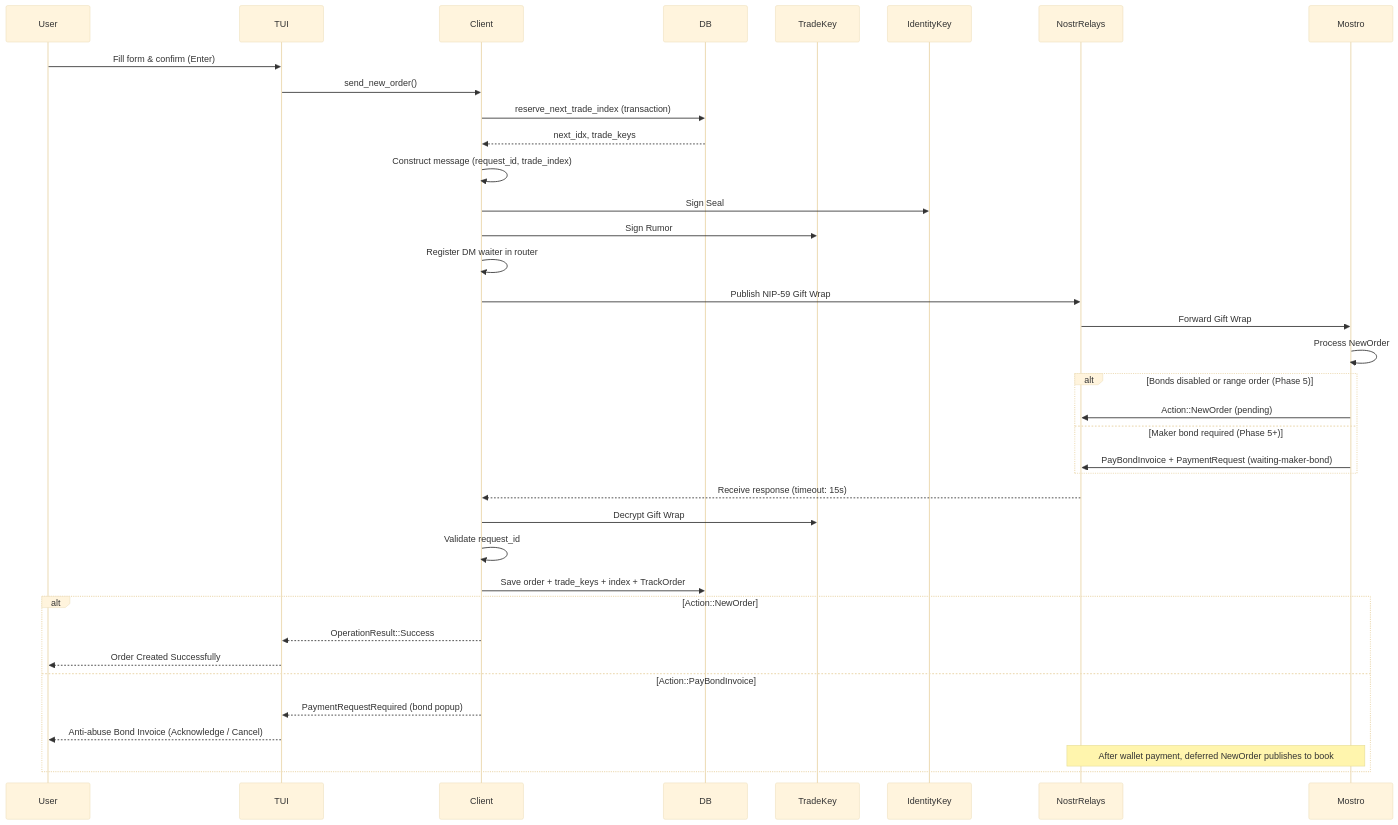
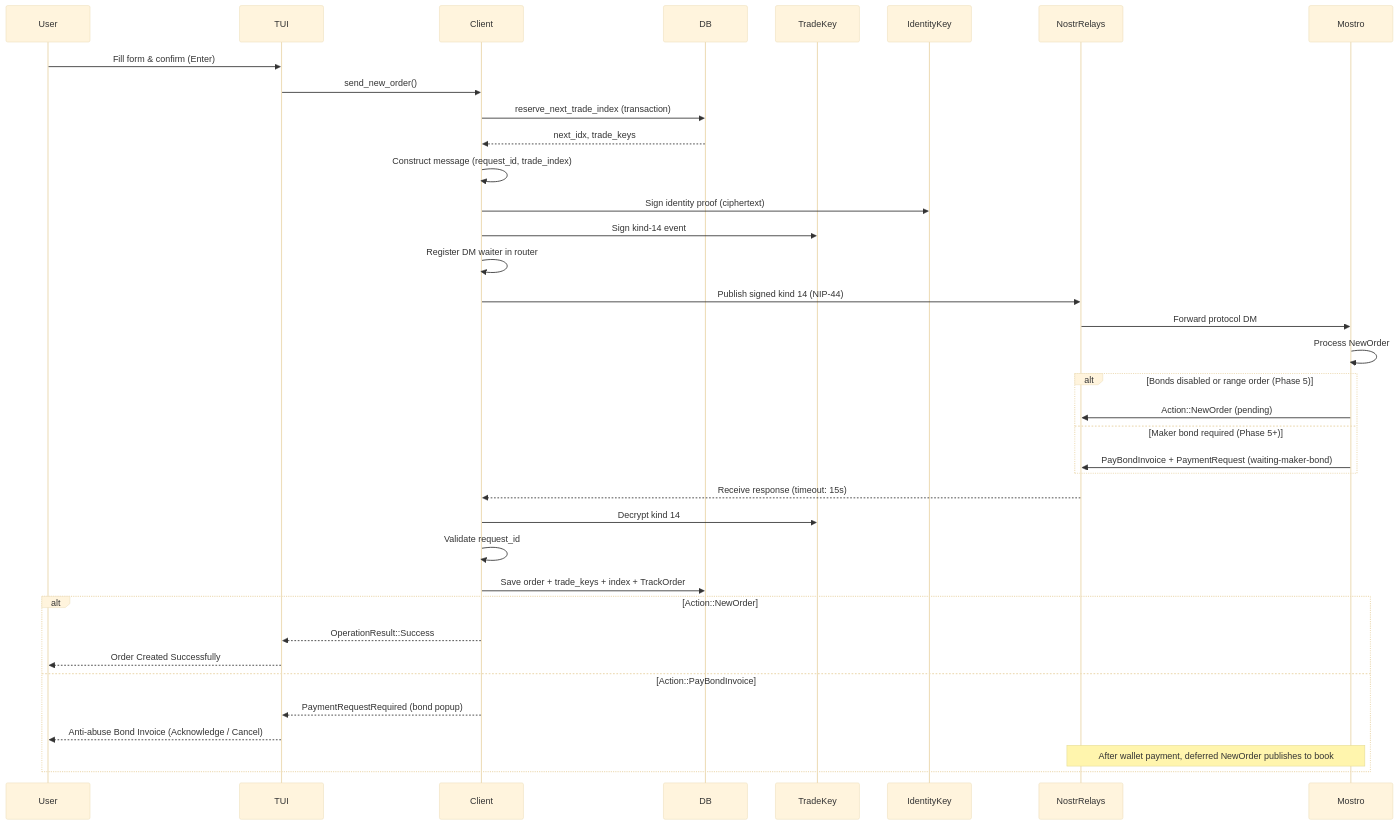
Before and after one commit to MostroP2P/mostrix: the first of 7 diagrams in docs/MESSAGE_FLOW_AND_PROTOCOL.md, drawn with Mermaid (base theme). The commit also changed other lines of this file and 5 other files, not shown here.

````diff
--- a/docs/MESSAGE_FLOW_AND_PROTOCOL.md
+++ b/docs/MESSAGE_FLOW_AND_PROTOCOL.md
@@ -48,40 +48,40 @@
 ```mermaid
 sequenceDiagram
     participant User
     participant TUI
     participant Client
     participant DB
     participant TradeKey
     participant IdentityKey
     participant NostrRelays
     participant Mostro
 
     User->>TUI: Fill form & confirm (Enter)
     TUI->>Client: send_new_order()
     Client->>DB: reserve_next_trade_index (transaction)
     DB-->>Client: next_idx, trade_keys
     Client->>Client: Construct message (request_id, trade_index)
-    Client->>IdentityKey: Sign Seal
-    Client->>TradeKey: Sign Rumor
+    Client->>IdentityKey: Sign identity proof (ciphertext)
+    Client->>TradeKey: Sign kind-14 event
     Client->>Client: Register DM waiter in router
-    Client->>NostrRelays: Publish NIP-59 Gift Wrap
-    NostrRelays->>Mostro: Forward Gift Wrap
+    Client->>NostrRelays: Publish signed kind 14 (NIP-44)
+    NostrRelays->>Mostro: Forward protocol DM
     Mostro->>Mostro: Process NewOrder
     alt Bonds disabled or range order (Phase 5)
         Mostro->>NostrRelays: Action::NewOrder (pending)
     else Maker bond required (Phase 5+)
         Mostro->>NostrRelays: PayBondInvoice + PaymentRequest (waiting-maker-bond)
     end
     NostrRelays-->>Client: Receive response (timeout: 15s)
-    Client->>TradeKey: Decrypt Gift Wrap
+    Client->>TradeKey: Decrypt kind 14
     Client->>Client: Validate request_id
     Client->>DB: Save order + trade_keys + index + TrackOrder
     alt Action::NewOrder
         Client-->>TUI: OperationResult::Success
         TUI-->>User: Order Created Successfully
     else Action::PayBondInvoice
         Client-->>TUI: PaymentRequestRequired (bond popup)
         TUI-->>User: Anti-abuse Bond Invoice (Acknowledge / Cancel)
         Note over Mostro,NostrRelays: After wallet payment, deferred NewOrder publishes to book
     end
 ```
````
